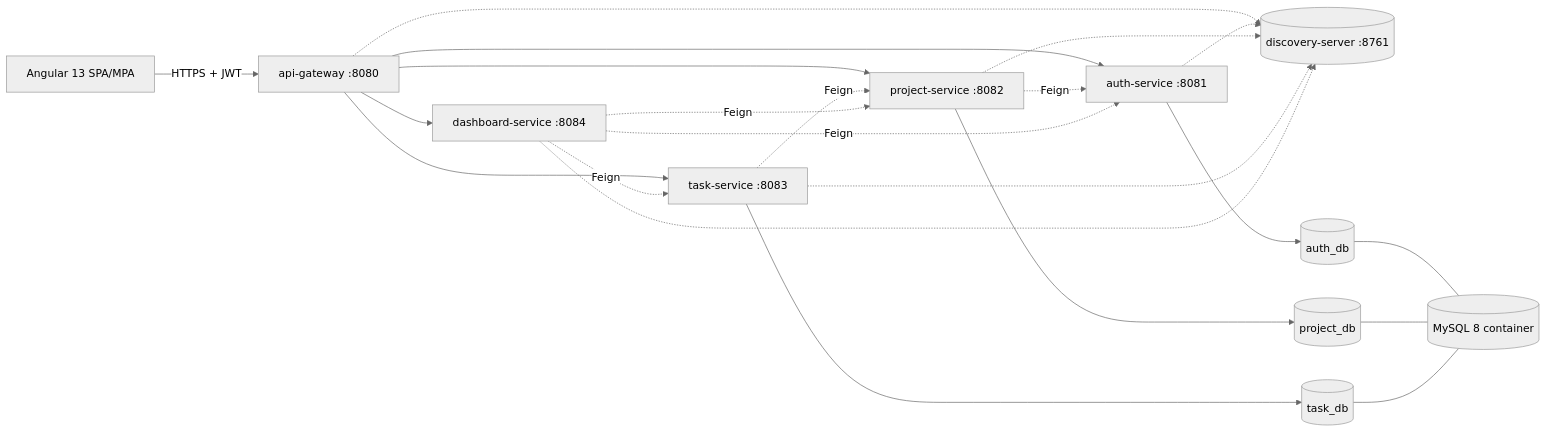
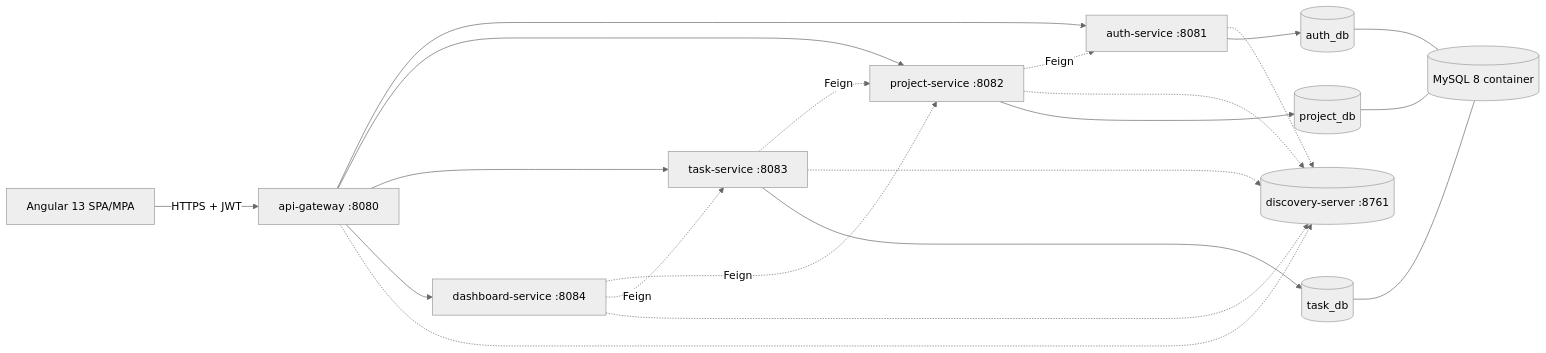
The diagram in docs/03-architecture.md (omercnkc/toDo), drawn with Mermaid (neutral theme) before and after one commit. The commit also changed other lines of this file and 21 other files, not shown here.

````diff
--- a/docs/03-architecture.md
+++ b/docs/03-architecture.md
@@ -4,25 +4,24 @@
 ```mermaid
 flowchart LR
   FE[Angular 13 SPA/MPA] -->|HTTPS + JWT| GW[api-gateway :8080]
   GW --> AUTH[auth-service :8081]
   GW --> PROJ[project-service :8082]
   GW --> TASK[task-service :8083]
   GW --> DASH[dashboard-service :8084]
   TASK -. Feign .-> PROJ
   PROJ -. Feign .-> AUTH
   DASH -. Feign .-> PROJ
   DASH -. Feign .-> TASK
-  DASH -. Feign .-> AUTH
   EUR[(discovery-server :8761)]
   GW -.-> EUR
   AUTH -.-> EUR
   PROJ -.-> EUR
   TASK -.-> EUR
   DASH -.-> EUR
   AUTH --> DB1[(auth_db)]
   PROJ --> DB2[(project_db)]
   TASK --> DB3[(task_db)]
   DB1 --- MYSQL[(MySQL 8 container)]
   DB2 --- MYSQL
   DB3 --- MYSQL
 ```
````
